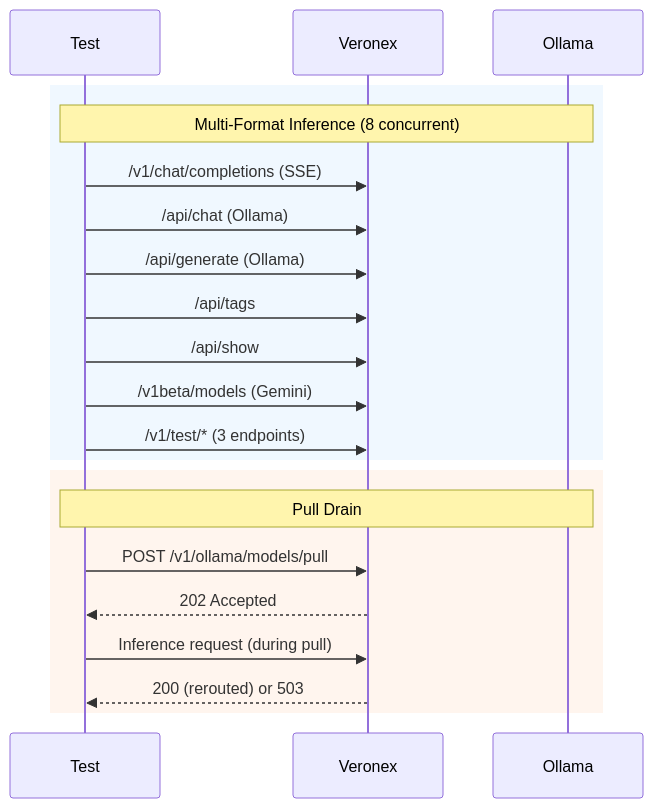
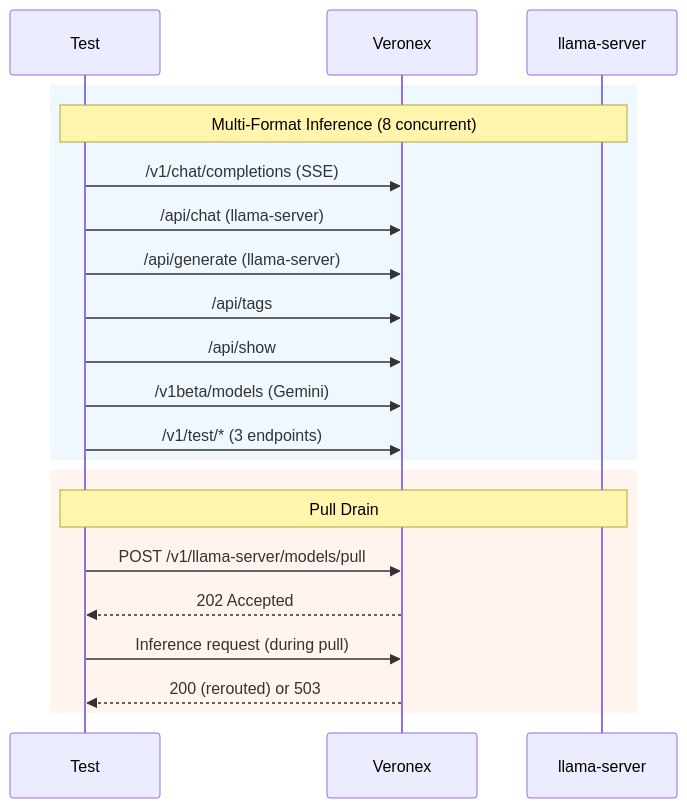
Before and after one commit to beegy-labs/veronex: the seventh of 10 diagrams in test/scripts/e2e/README.md, drawn with Mermaid. The commit also changed other lines of this file and 239 other files, not shown here.

````diff
--- a/test/scripts/e2e/README.md
+++ b/test/scripts/e2e/README.md
@@ -384,25 +384,25 @@
 ```mermaid
 sequenceDiagram
     participant T as Test
     participant API as Veronex
-    participant O as Ollama
+    participant O as llama-server
 
     rect rgb(240,248,255)
         Note over T,O: Multi-Format Inference (8 concurrent)
         T->>API: /v1/chat/completions (SSE)
-        T->>API: /api/chat (Ollama)
-        T->>API: /api/generate (Ollama)
+        T->>API: /api/chat (llama-server)
+        T->>API: /api/generate (llama-server)
         T->>API: /api/tags
         T->>API: /api/show
         T->>API: /v1beta/models (Gemini)
         T->>API: /v1/test/* (3 endpoints)
     end
 
     rect rgb(255,245,238)
         Note over T,O: Pull Drain
-        T->>API: POST /v1/ollama/models/pull
+        T->>API: POST /v1/llama-server/models/pull
         API-->>T: 202 Accepted
         T->>API: Inference request (during pull)
         API-->>T: 200 (rerouted) or 503
     end
 ```
````
